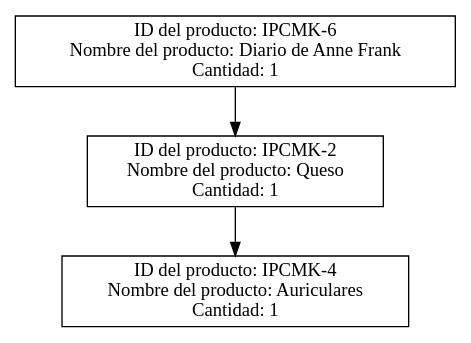
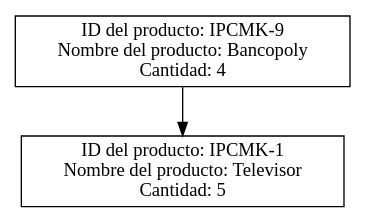
One commit to 202300512DanielH/IPC2_ProyectoVJ2024_21 changed the diagram in Reportes/PilaIPC2-01.dot. Above: the diagram before and after it, drawn with Graphviz. The commit also changed 166 other files, not shown here.

```diff
--- a/Reportes/PilaIPC2-01.dot
+++ b/Reportes/PilaIPC2-01.dot
@@ -1,9 +1,7 @@
 digraph G {
     rankdir=TB;
     node [shape = record, height = .1];
-Nodo0 [label="ID del producto: IPCMK-6\nNombre del producto: Diario de Anne Frank\nCantidad: 1"];
-Nodo1 [label="ID del producto: IPCMK-2\nNombre del producto: Queso\nCantidad: 1"];
+Nodo0 [label="ID del producto: IPCMK-9\nNombre del producto: Bancopoly\nCantidad: 4"];
+Nodo1 [label="ID del producto: IPCMK-1\nNombre del producto: Televisor\nCantidad: 5"];
 Nodo0 -> Nodo1;
-Nodo2 [label="ID del producto: IPCMK-4\nNombre del producto: Auriculares\nCantidad: 1"];
-Nodo1 -> Nodo2;
 }
```
